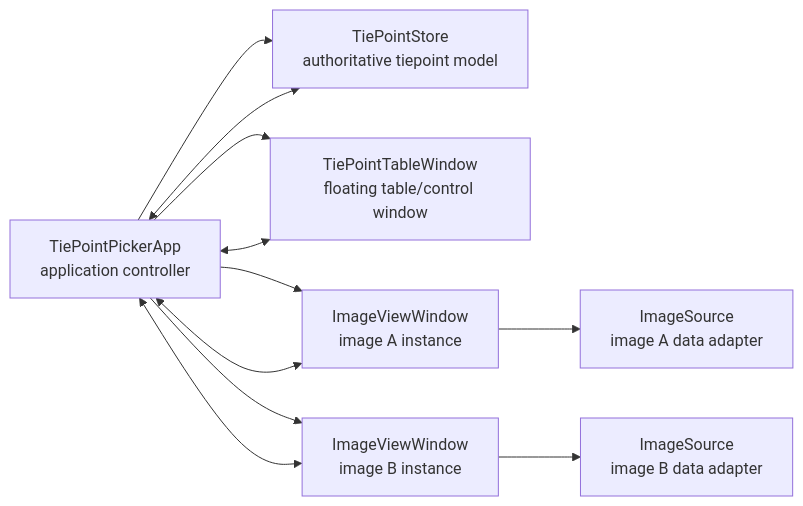
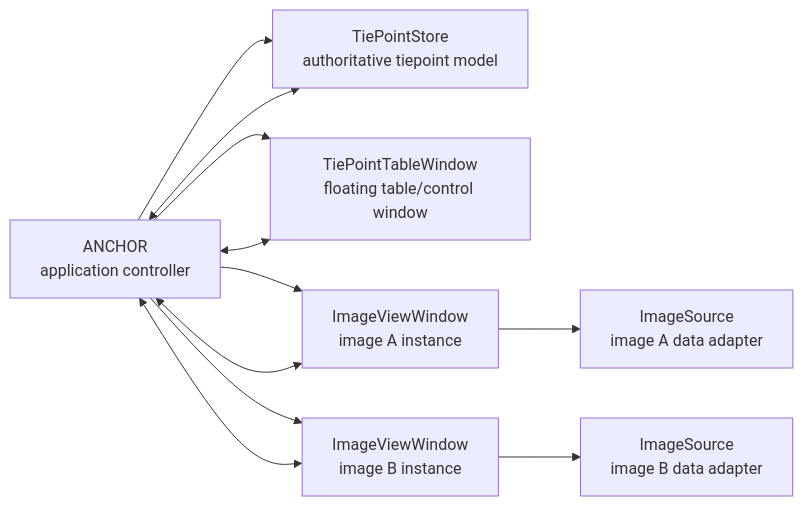
The diagram in docs/design.md (mdegan2020/anchor), drawn with Mermaid before and after one commit. The commit also changed other lines of this file, not shown here.

Commit message:
Rename app design to ANCHOR

````diff
--- a/docs/design.md
+++ b/docs/design.md
@@ -45,21 +47,21 @@
 ```mermaid
 flowchart LR
-    App["TiePointPickerApp<br/>application controller"]
+    App["ANCHOR<br/>application controller"]
     Store["TiePointStore<br/>authoritative tiepoint model"]
     Table["TiePointTableWindow<br/>floating table/control window"]
     A["ImageViewWindow<br/>image A instance"]
     B["ImageViewWindow<br/>image B instance"]
     ImgA["ImageSource<br/>image A data adapter"]
     ImgB["ImageSource<br/>image B data adapter"]
 
     App --> Store
     App --> Table
     App --> A
     App --> B
     A --> ImgA
     B --> ImgB
     Table <--> App
     A <--> App
     B <--> App
     App <--> Store
 ```
````
